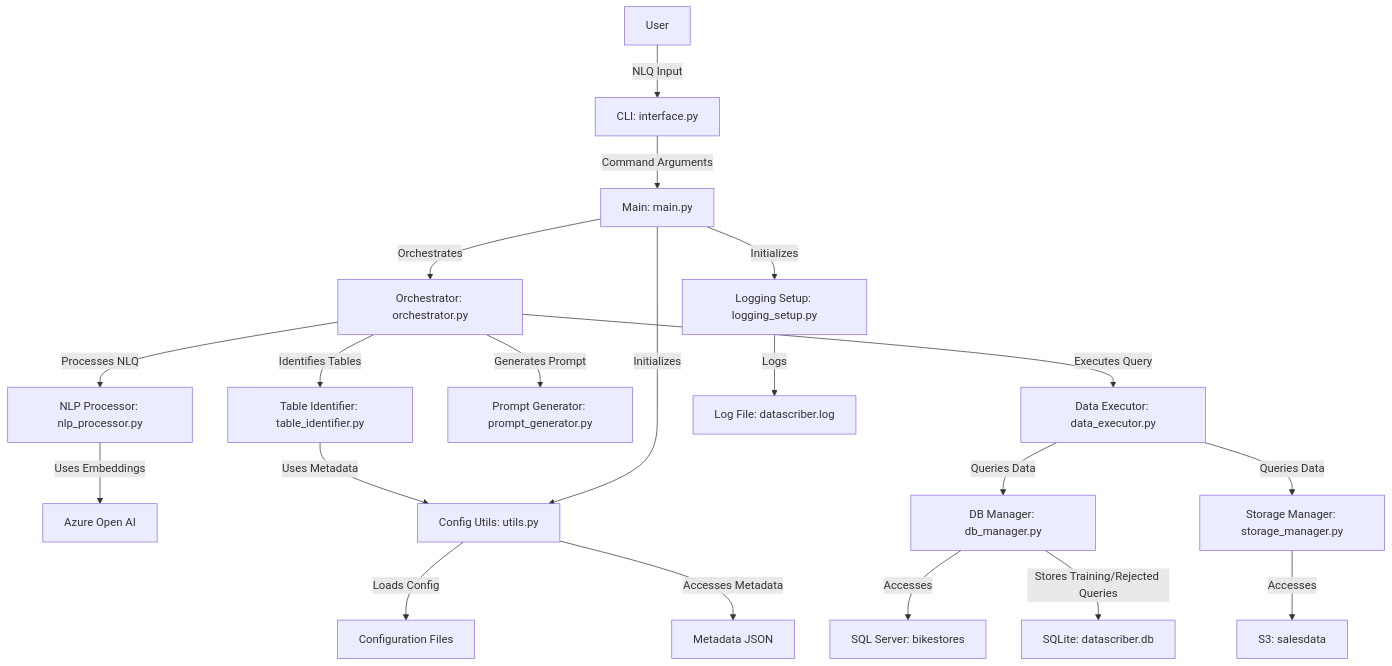
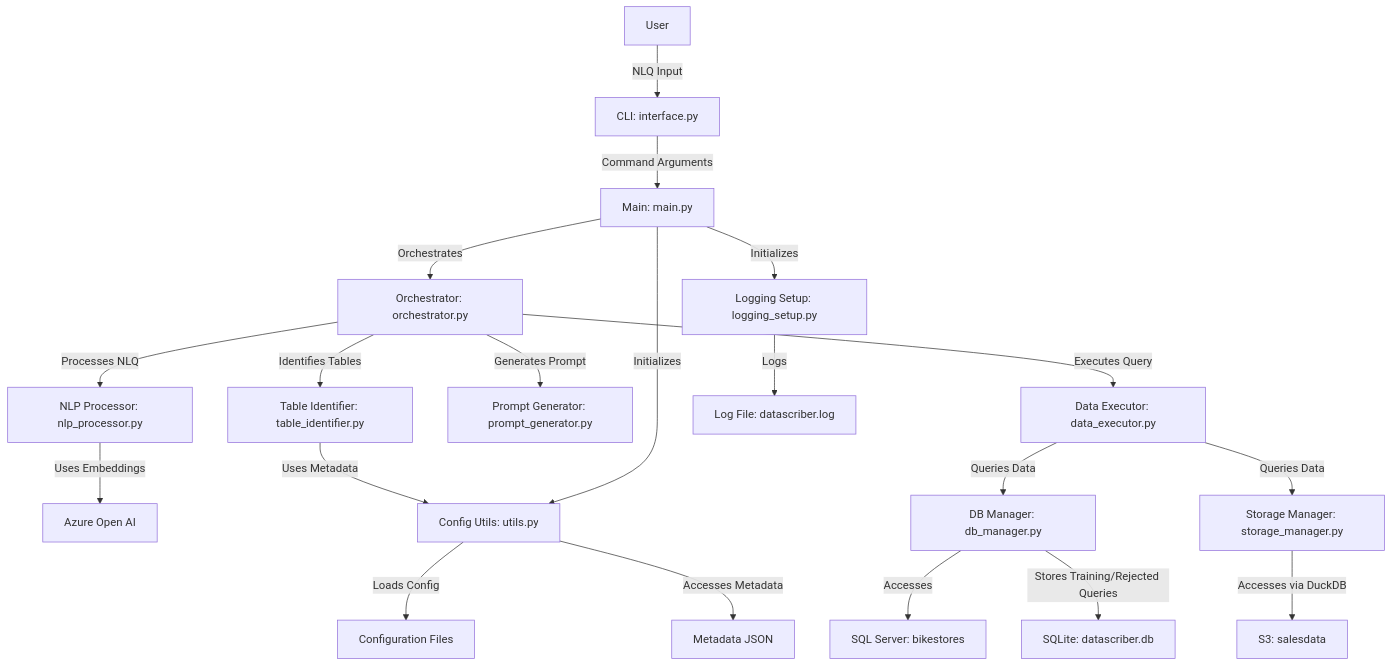
One commit to m-prasad-reddy/Datascriber-2 changed the second of 8 diagrams in Datascriber_Functional_Documentation.markdown. Above: the diagram before and after it, drawn with Mermaid. The commit also changed other lines of this file and 4 other files, not shown here.

````diff
--- a/Datascriber_Functional_Documentation.markdown
+++ b/Datascriber_Functional_Documentation.markdown
@@ -49,22 +83,22 @@
 ```mermaid
 graph TD
     A[User] -->|NLQ Input| B[CLI: interface.py]
     B -->|Command Arguments| C[Main: main.py]
     C -->|Orchestrates| D[Orchestrator: orchestrator.py]
     D -->|Processes NLQ| E[NLP Processor: nlp_processor.py]
     D -->|Identifies Tables| F[Table Identifier: table_identifier.py]
     D -->|Generates Prompt| G[Prompt Generator: prompt_generator.py]
     D -->|Executes Query| H[Data Executor: data_executor.py]
     E -->|Uses Embeddings| I[Azure Open AI]
     F -->|Uses Metadata| J[Config Utils: utils.py]
     H -->|Queries Data| K[DB Manager: db_manager.py]
     H -->|Queries Data| L[Storage Manager: storage_manager.py]
     K -->|Accesses| M[SQL Server: bikestores]
-    L -->|Accesses| N[S3: salesdata]
+    L -->|Accesses via DuckDB| N[S3: salesdata]
     J -->|Loads Config| O[Configuration Files]
     J -->|Accesses Metadata| P[Metadata JSON]
     K -->|Stores Training/Rejected Queries| Q[SQLite: datascriber.db]
     R[Logging Setup: logging_setup.py] -->|Logs| S[Log File: datascriber.log]
     C -->|Initializes| J
     C -->|Initializes| R
 ```
````
